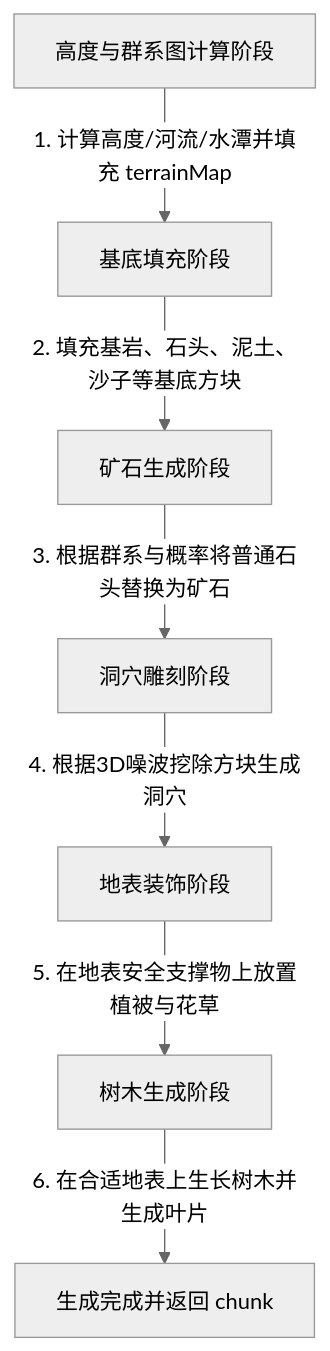
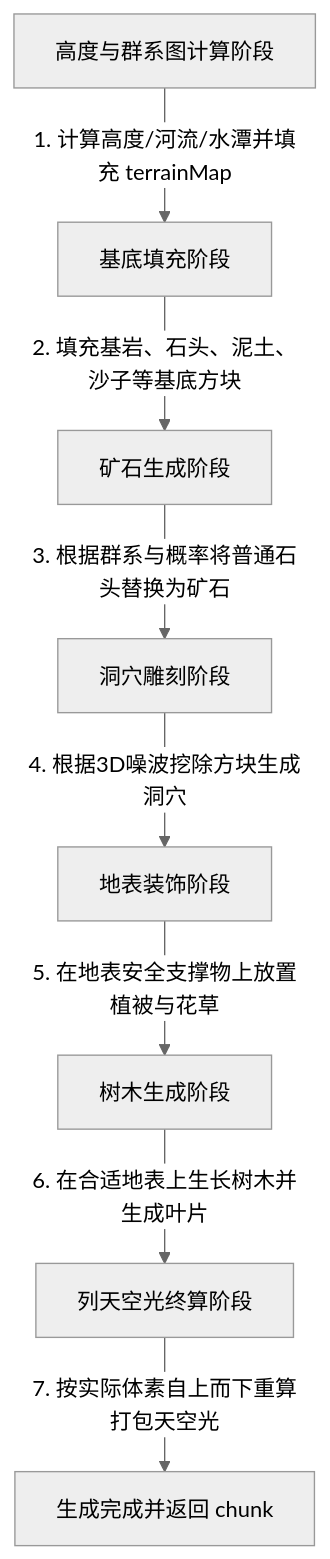
One commit to LingLingDayo/cloudcraft changed the diagram in src/game/world/pipeline/README.md. Above: the diagram before and after it, drawn with Mermaid (neutral theme). The commit also changed other lines of this file and 8 other files, not shown here.

````diff
--- a/src/game/world/pipeline/README.md
+++ b/src/game/world/pipeline/README.md
@@ -49,9 +49,10 @@
 ```mermaid
 graph TD
     A[高度与群系图计算阶段] -->|1. 计算高度/河流/水潭并填充 terrainMap| B[基底填充阶段]
     B -->|2. 填充基岩、石头、泥土、沙子等基底方块| C[矿石生成阶段]
     C -->|3. 根据群系与概率将普通石头替换为矿石| D[洞穴雕刻阶段]
     D -->|4. 根据3D噪波挖除方块生成洞穴| E[地表装饰阶段]
     E -->|5. 在地表安全支撑物上放置植被与花草| F[树木生成阶段]
-    F -->|6. 在合适地表上生长树木并生成叶片| G[生成完成并返回 chunk]
+    F -->|6. 在合适地表上生长树木并生成叶片| G[列天空光终算阶段]
+    G -->|7. 按实际体素自上而下重算打包天空光| H[生成完成并返回 chunk]
 ```
````
